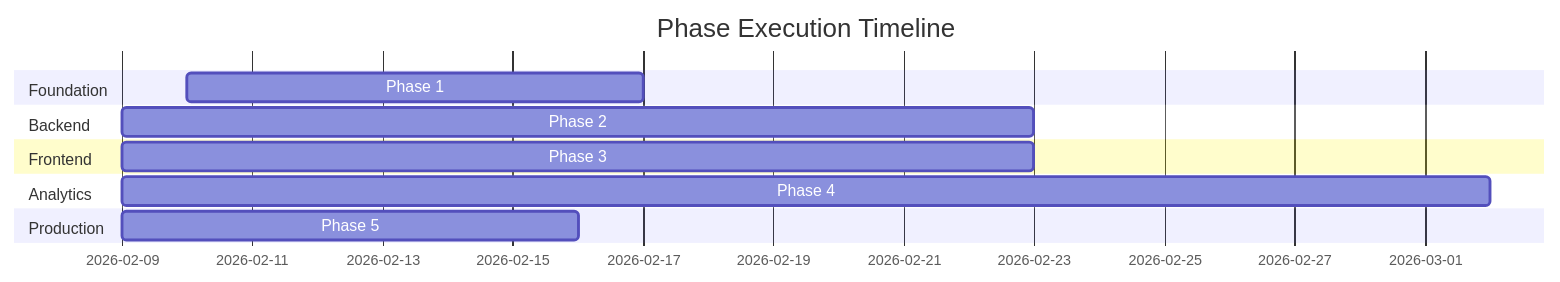
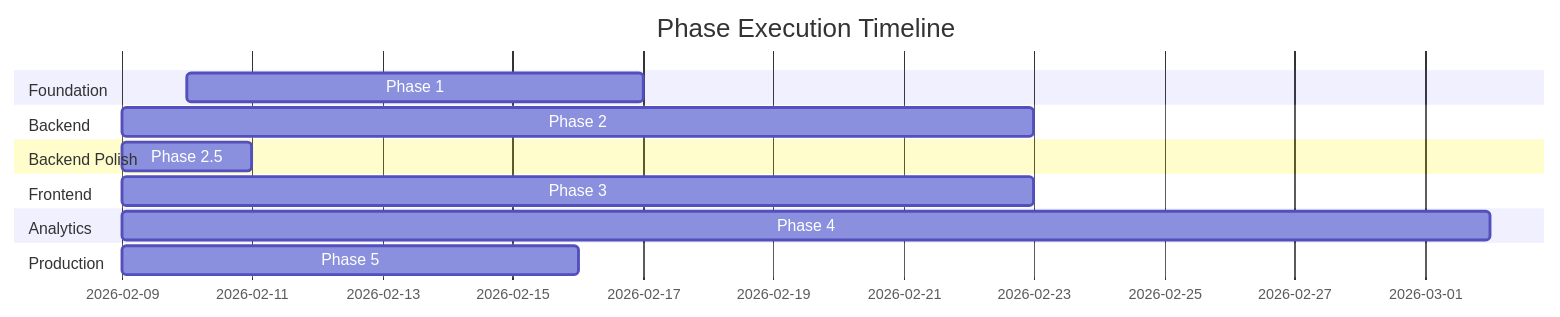
The third of 4 diagrams in phases/master-plan.md (randomfact236/affiliate-product-showcase), drawn with Mermaid before and after one commit. The commit also changed other lines of this file and 385 other files, not shown here.

````diff
--- a/phases/master-plan.md
+++ b/phases/master-plan.md
@@ -274,19 +275,22 @@
 ```mermaid
 gantt
     title Phase Execution Timeline
     dateFormat  YYYY-MM-DD
     section Foundation
     Phase 1: Foundation      :phase1, 2026-02-10, 7d
     
     section Backend
     Phase 2: Backend Core    :phase2, after phase1, 14d
     
+    section Backend Polish
+    Phase 2.5: Arch Polish   :phase25, after phase2, 2d
+
     section Frontend  
-    Phase 3: Frontend Public :phase3, after phase2, 14d
+    Phase 3: Frontend Public :phase3, after phase25, 14d
     
     section Analytics
     Phase 4: Analytics       :phase4, after phase3, 21d
     
     section Production
     Phase 5: Deployment      :phase5, after phase4, 7d
 ```
````
